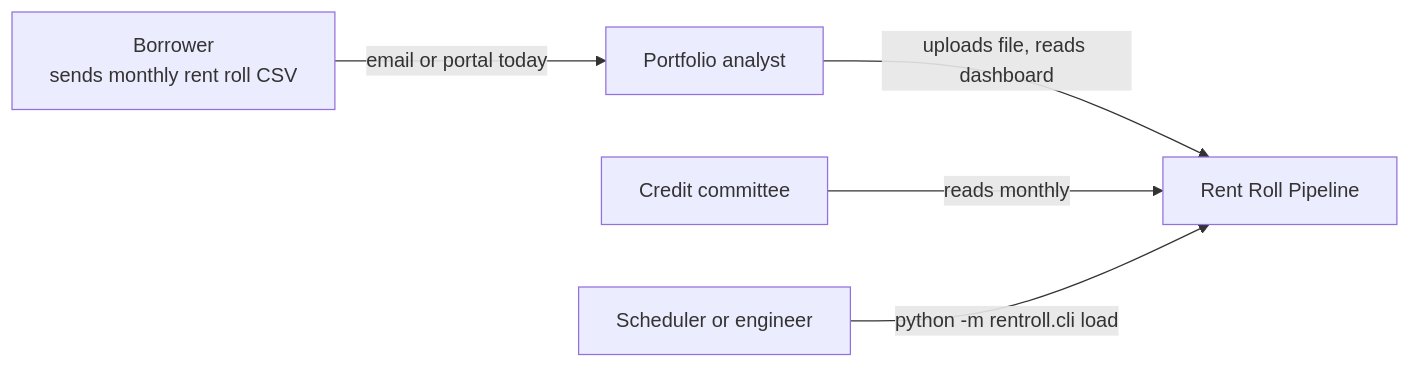
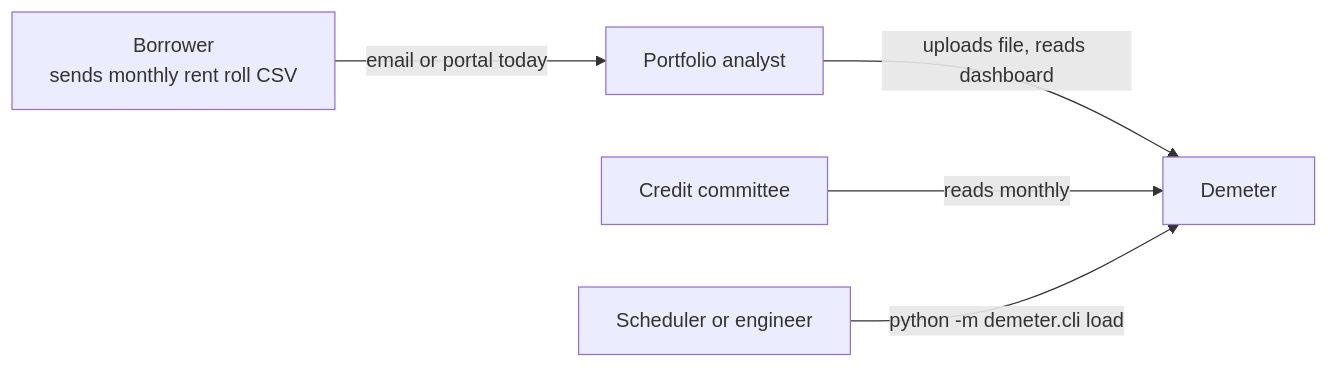
The first of 6 diagrams in docs/DESIGN.md (Legion91919/demeter), drawn with Mermaid before and after one commit. The commit also changed other lines of this file and 38 other files, not shown here.

Commit message:
Rename Rent Roll Pipeline to Demeter (product, Python package and dashboard)

````diff
--- a/docs/DESIGN.md
+++ b/docs/DESIGN.md
@@ -77,7 +77,7 @@
 ```mermaid
 flowchart LR
   borrower[Borrower<br/>sends monthly rent roll CSV] -->|email or portal today| analyst[Portfolio analyst]
-  analyst -->|uploads file, reads dashboard| system[Rent Roll Pipeline]
+  analyst -->|uploads file, reads dashboard| system[Demeter]
   committee[Credit committee] -->|reads monthly| system
-  ops[Scheduler or engineer] -->|python -m rentroll.cli load| system
+  ops[Scheduler or engineer] -->|python -m demeter.cli load| system
 ```
````
